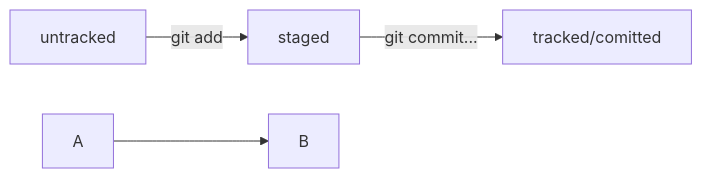
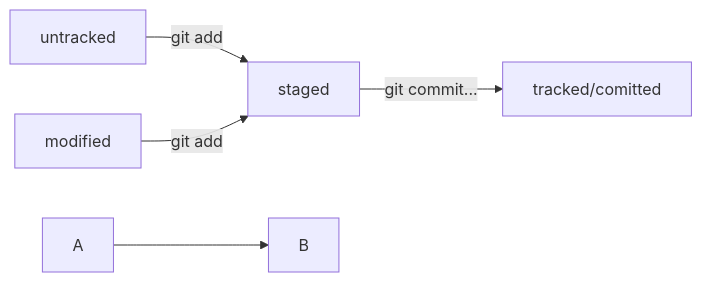
The diagram in th6-lesson2.md (BSV-68/learning-git), drawn with Mermaid before and after one commit.

Commit message:
th6-lesson2, коррекция 8

````diff
--- a/th6-lesson2.md
+++ b/th6-lesson2.md
@@ -52,8 +52,9 @@
 ```mermaid
 graph LR;
   untracked -- "git add" --> staged;
+  modified -- "git add" --> staged;
   staged -- "git commit..." --> tracked/comitted;
 
 %% стрелка без текста для примера: 
   A --> B;
 ``` 
````
